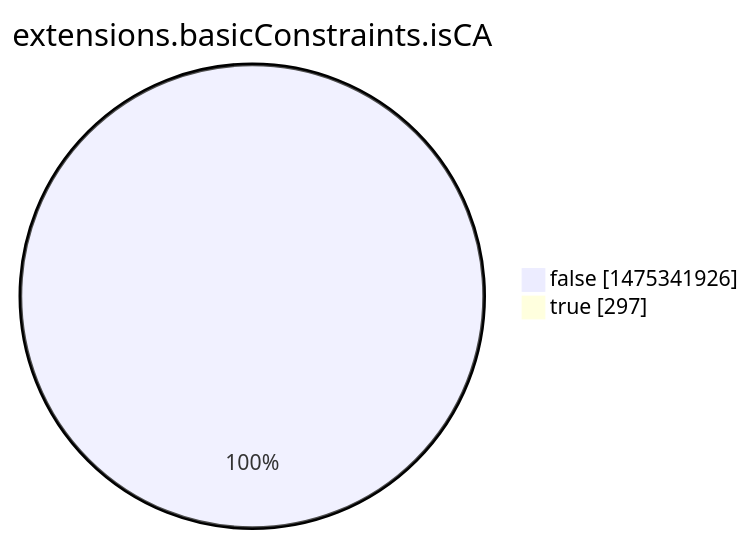
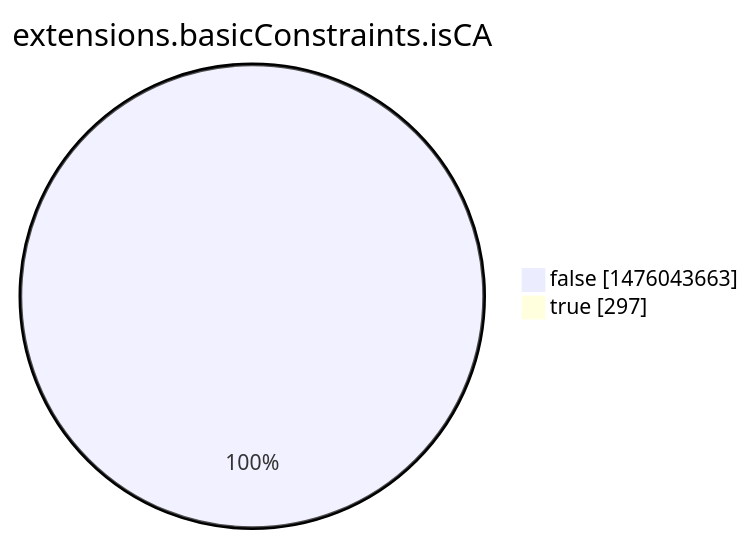
One commit to christiankrug/ctmonitor_visualization changed the eighth of 15 diagrams in argon2022/README.md. Above: the diagram before and after it, drawn with Mermaid. The commit also changed other lines of this file, not shown here.

````diff
--- a/argon2022/README.md
+++ b/argon2022/README.md
@@ -2760,6 +2760,6 @@
 ```mermaid
 pie showData
 title extensions.basicConstraints.isCA
-"false" :1475341926
+"false" :1476043663
 "true" :297
 ```
````
